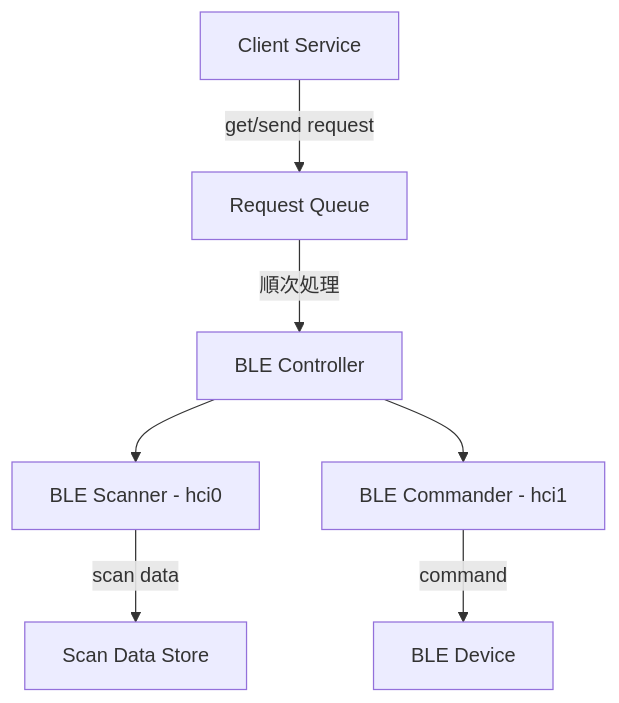
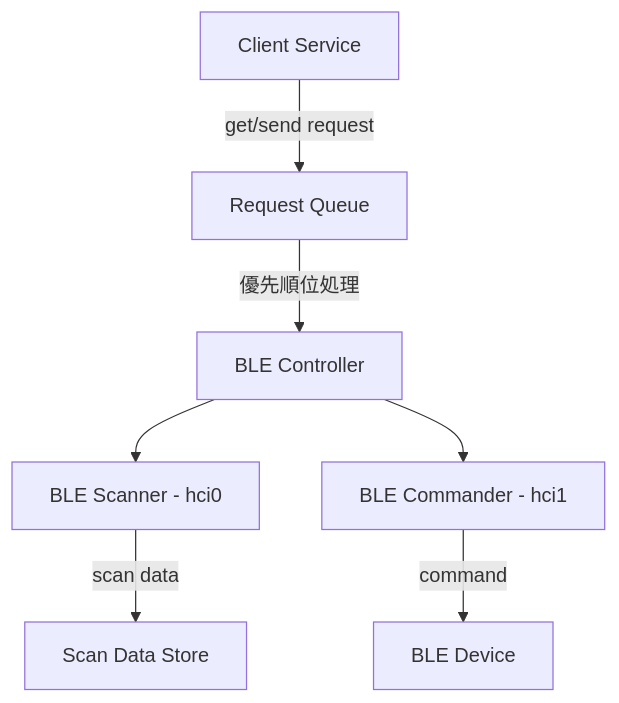
Before and after one commit to hikaruNagamine/ble-orchestrator: the diagram in README.md, drawn with Mermaid. The commit also changed other lines of this file and 21 other files, not shown here.

````diff
--- a/README.md
+++ b/README.md
@@ -15,9 +15,9 @@
 ```mermaid
 graph TD
     A[Client Service] -->|get/send request| B[Request Queue]
-    B -->|順次処理| C[BLE Controller]
+    B -->|優先順位処理| C[BLE Controller]
     C --> D[BLE Scanner - hci0]
     C --> E[BLE Commander - hci1]
     D -->|scan data| F[Scan Data Store]
     E -->|command| G[BLE Device]
 ```
````
